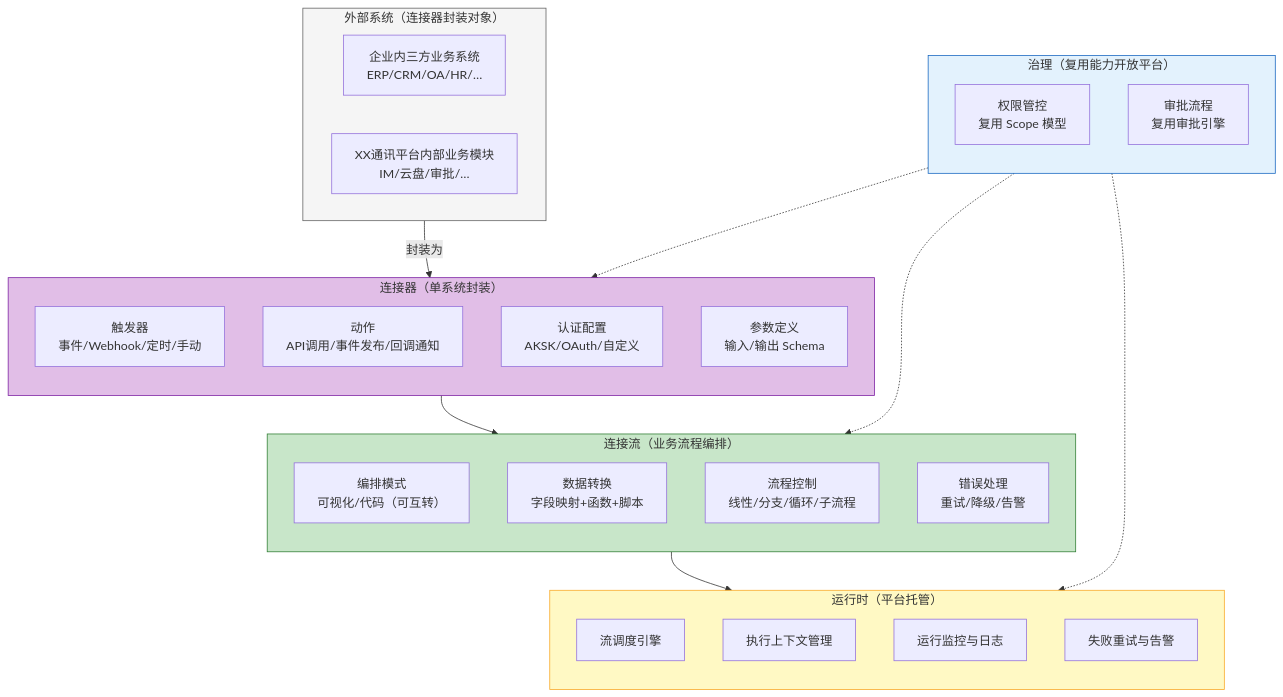
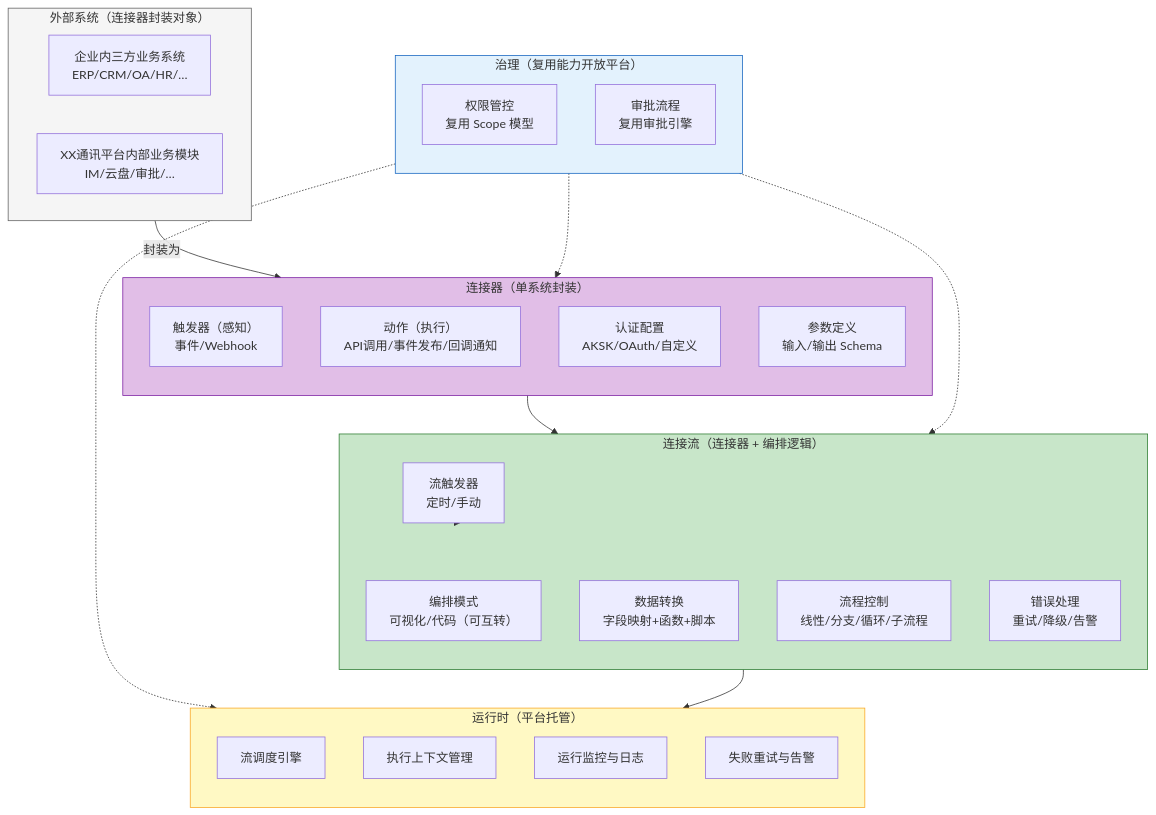
Before and after one commit to THZSummer/open-app: the fourth of 10 diagrams in .sddu/specs-tree-root/specs-tree-connector-platform/discovery-report.md, drawn with Mermaid. The commit also changed other lines of this file, not shown here.

Commit message:
fix: 触发器归属修正 — 定时/手动归流平台，事件/Webhook归连接器
业界主流做法（钉钉/飞书/Power Automate/集简云/Make 5家）对齐：
- 连接器的触发器仅包含事件/Webhook（感知，入站）
- 定时/手动触发归为流平台自身（流触发器）
- 概念模型图：连接流增加流触发器节点
- 连接流定义修正：流触发器 + 连接器 + 连接器的编排逻辑

````diff
--- a/.sddu/specs-tree-root/specs-tree-connector-platform/discovery-report.md
+++ b/.sddu/specs-tree-root/specs-tree-connector-platform/discovery-report.md
@@ -173,51 +173,53 @@
 ```mermaid
 flowchart TB
     subgraph ExternalSystems["外部系统（连接器封装对象）"]
         direction LR
         Third["企业内三方业务系统<br/>ERP/CRM/OA/HR/…"]
         Inner["XX通讯平台内部业务模块<br/>IM/云盘/审批/…"]
     end
     
     subgraph Connector["连接器（单系统封装）"]
         direction TB
-        CT[触发器<br/>事件/Webhook/定时/手动]
-        CA[动作<br/>API调用/事件发布/回调通知]
+        CT[触发器（感知）<br/>事件/Webhook]
+        CA[动作（执行）<br/>API调用/事件发布/回调通知]
         CAuth[认证配置<br/>AKSK/OAuth/自定义]
         CSchema[参数定义<br/>输入/输出 Schema]
     end
     
-    subgraph Flow["连接流（业务流程编排）"]
+    subgraph Flow["连接流（连接器 + 编排逻辑）"]
         direction TB
+        FTrigger[流触发器<br/>定时/手动]
         FEdit[编排模式<br/>可视化/代码（可互转）]
         FTrans[数据转换<br/>字段映射+函数+脚本]
         FCtrl[流程控制<br/>线性/分支/循环/子流程]
         FError[错误处理<br/>重试/降级/告警]
     end
     
     subgraph Runtime["运行时（平台托管）"]
         direction TB
         RSchedule[流调度引擎]
         RExec[执行上下文管理]
         RMonitor[运行监控与日志]
         RRetry[失败重试与告警]
     end
     
     subgraph Governance["治理（复用能力开放平台）"]
         direction TB
         GPerm[权限管控<br/>复用 Scope 模型]
         GApproval[审批流程<br/>复用审批引擎]
     end
     
     ExternalSystems -->|封装为| Connector
+    FTrigger --> Flow
     Connector --> Flow
     Flow --> Runtime
     Governance -.-> Connector
     Governance -.-> Flow
     Governance -.-> Runtime
     
     style ExternalSystems fill:#f5f5f5,stroke:#616161
     style Connector fill:#e1bee7,stroke:#7b1fa2
     style Flow fill:#c8e6c9,stroke:#2e7d32
     style Runtime fill:#fff9c4,stroke:#f9a825
     style Governance fill:#e3f2fd,stroke:#1565c0
 ```
````
